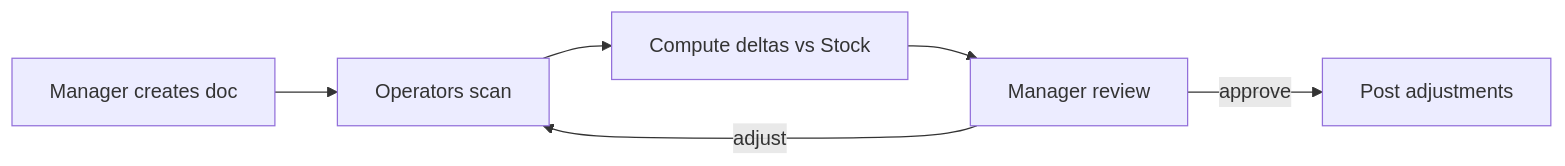
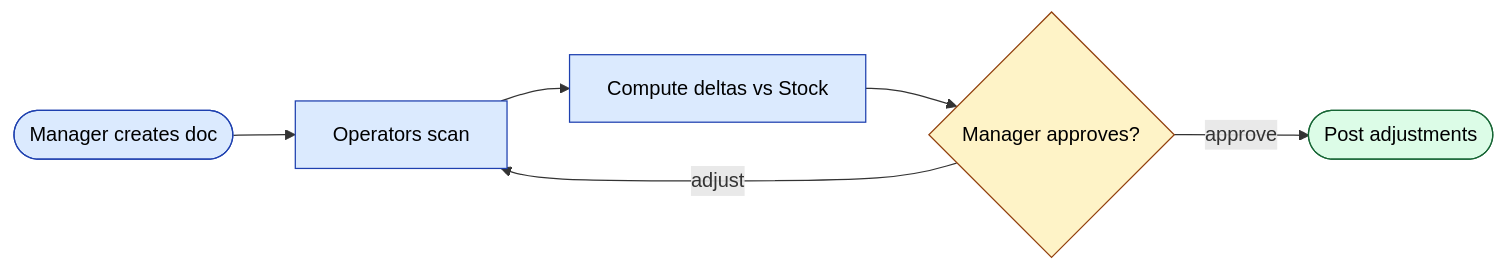
Before and after one commit to jamshidtulaganov/sd-doc: the diagram in docs/modules/inventory.md, drawn with Mermaid. The commit also changed other lines of this file and 21 other files, not shown here.

````diff
--- a/docs/modules/inventory.md
+++ b/docs/modules/inventory.md
@@ -28,8 +52,19 @@
 ```mermaid
 flowchart LR
-  M[Manager creates doc] --> SC[Operators scan]
-  SC --> CALC[Compute deltas vs Stock]
-  CALC --> REV[Manager review]
-  REV -->|approve| POST[Post adjustments]
+  M(["Manager creates doc"]) --> SC["Operators scan"]
+  SC --> CALC["Compute deltas vs Stock"]
+  CALC --> REV{"Manager approves?"}
+  REV -->|approve| POST(["Post adjustments"])
   REV -->|adjust| SC
+
+  classDef action   fill:#dbeafe,stroke:#1e40af,color:#000
+  classDef approval fill:#fef3c7,stroke:#92400e,color:#000
+  classDef success  fill:#dcfce7,stroke:#166534,color:#000
+  classDef reject   fill:#fee2e2,stroke:#991b1b,color:#000
+  classDef external fill:#f3f4f6,stroke:#374151,color:#000
+  classDef cron     fill:#ede9fe,stroke:#6d28d9,color:#000
+
+  class M,SC,CALC action
+  class REV approval
+  class POST success
 ```
````
